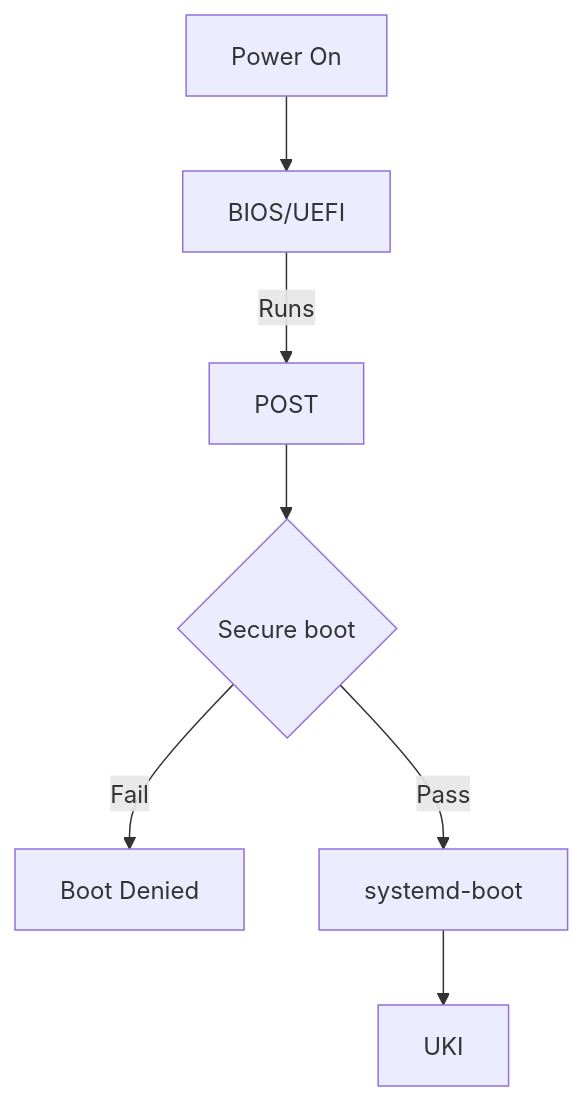
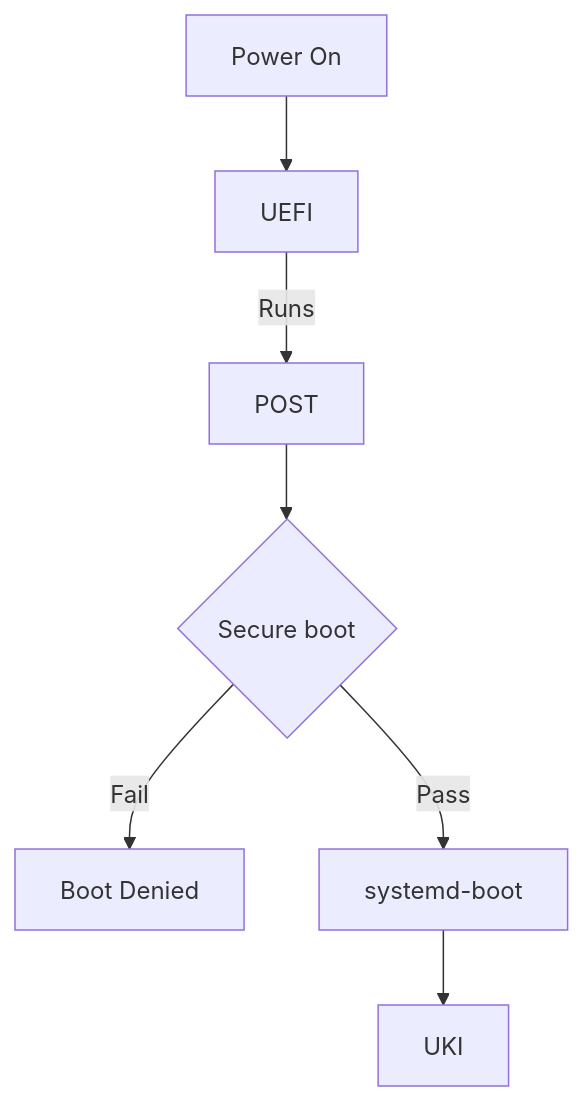
One commit to Aldin-Dreamer/Arch-Hypr-Vault changed the diagram in README.md. Above: the diagram before and after it, drawn with Mermaid. The commit also changed other lines of this file, not shown here.

````diff
--- a/README.md
+++ b/README.md
@@ -117,9 +116,9 @@
 ```mermaid
 flowchart TD
-    A[Power On] --> B[BIOS/UEFI]
+    A[Power On] --> B[UEFI]
     B --> |Runs|C[POST]
     C --> D{Secure boot}
     D --> |Fail|E[Boot Denied]
     D --> |Pass|F[systemd-boot]
     F --> G[UKI]
 ```
````
